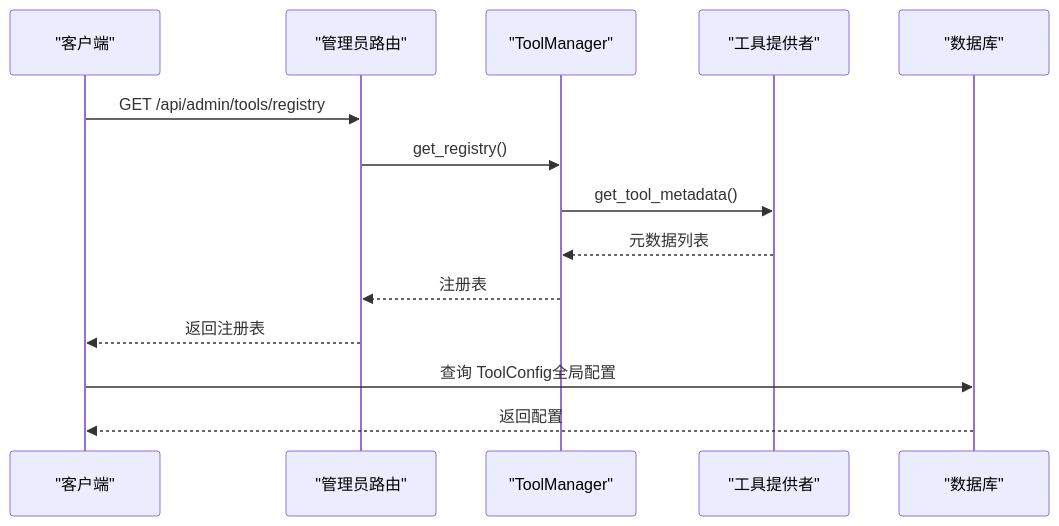
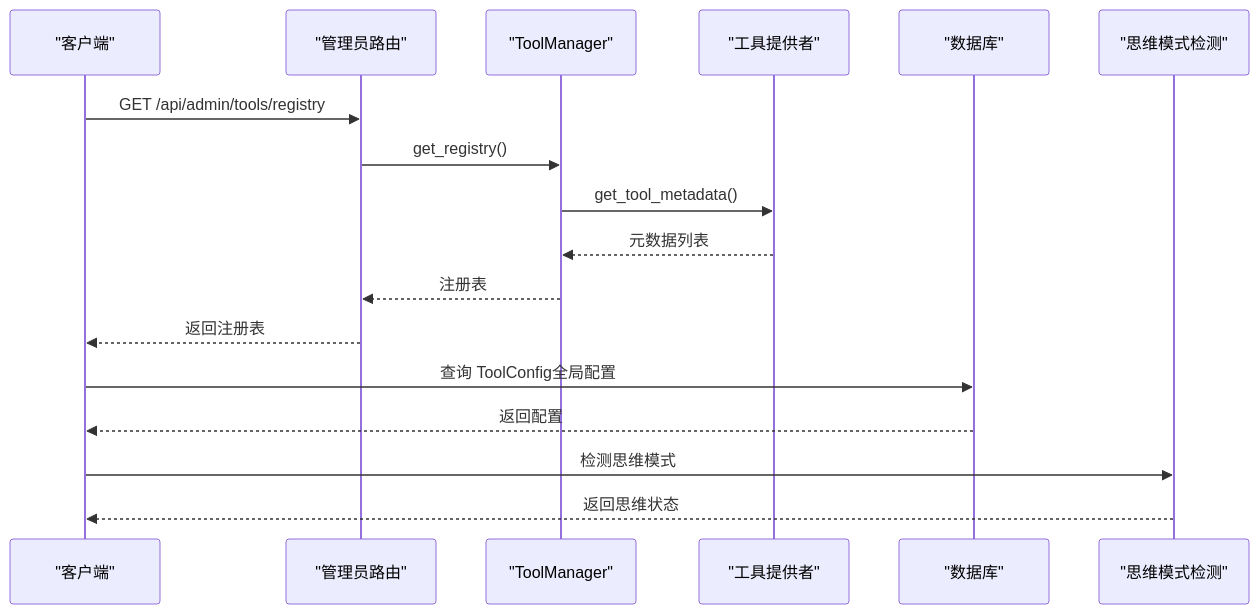
One commit to KunLabAI/KunFlix changed the second of 13 diagrams in .qoder/repowiki/zh/content/AI服务集成/AI服务集成.md. Above: the diagram before and after it, drawn with Mermaid. The commit also changed other lines of this file and 78 other files, not shown here.

````diff
--- a/.qoder/repowiki/zh/content/AI服务集成/AI服务集成.md
+++ b/.qoder/repowiki/zh/content/AI服务集成/AI服务集成.md
@@ -149,16 +181,19 @@
 ```mermaid
 sequenceDiagram
 participant Client as "客户端"
 participant Router as "管理员路由"
 participant TM as "ToolManager"
 participant Prov as "工具提供者"
 participant DB as "数据库"
+participant Think as "思维模式检测"
 Client->>Router : GET /api/admin/tools/registry
 Router->>TM : get_registry()
 TM->>Prov : get_tool_metadata()
 Prov-->>TM : 元数据列表
 TM-->>Router : 注册表
 Router-->>Client : 返回注册表
 Client->>DB : 查询 ToolConfig全局配置
 DB-->>Client : 返回配置
+Client->>Think : 检测思维模式
+Think-->>Client : 返回思维状态
 ```
````
